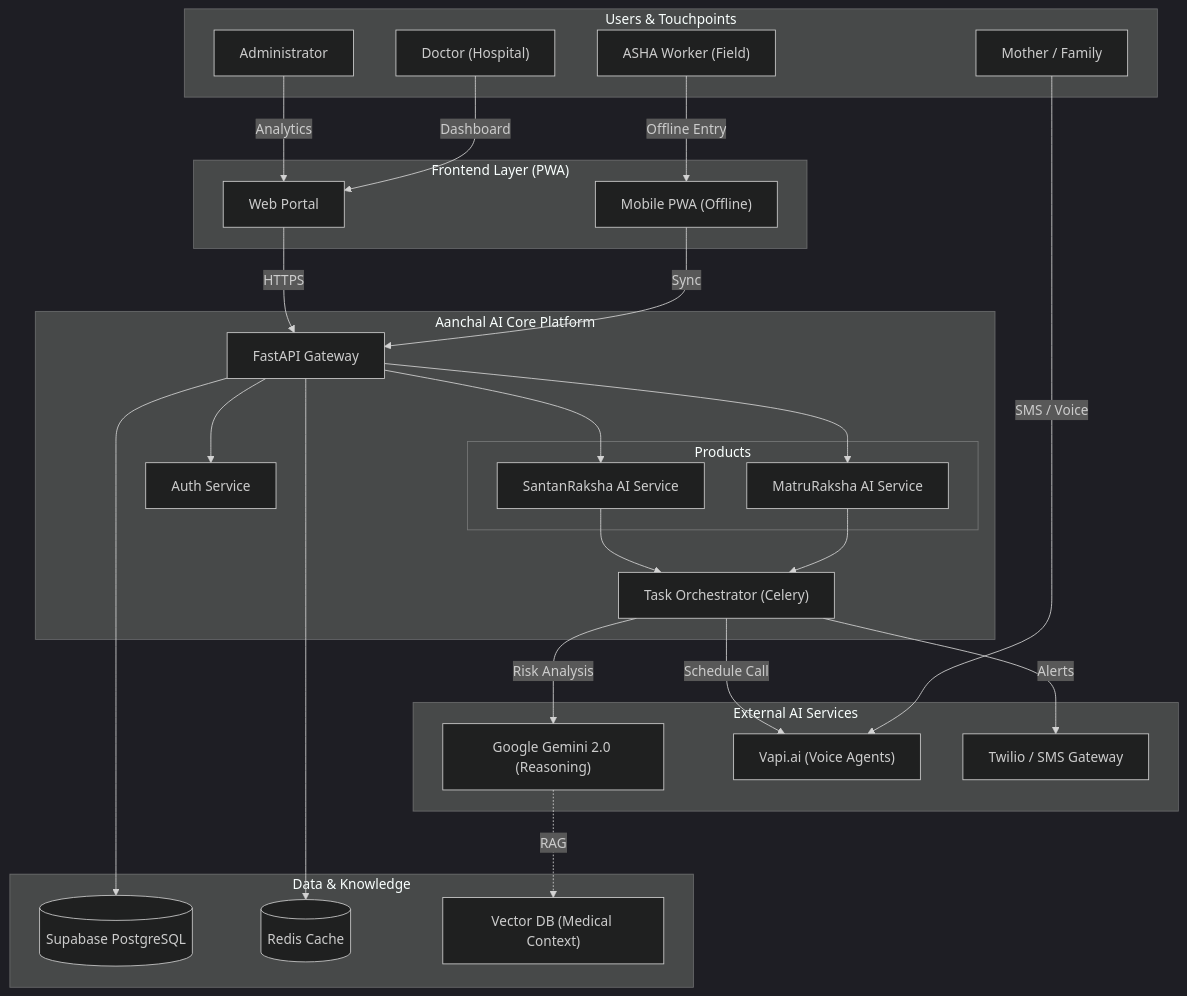
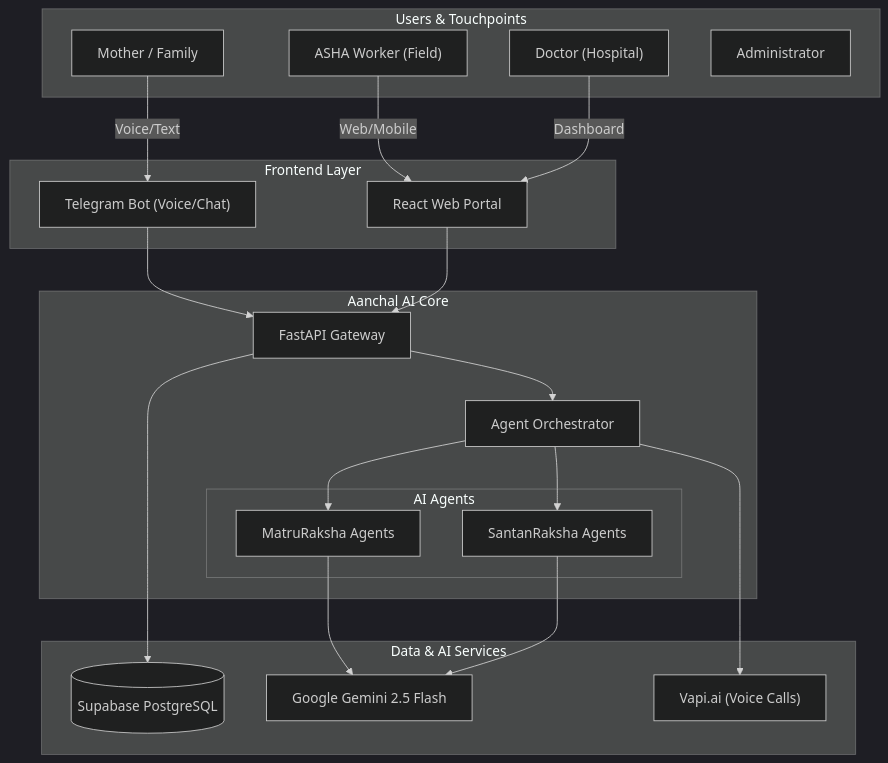
The diagram in README.md (AIUtsavBot/aanchal_ai), drawn with Mermaid (dark theme) before and after one commit. The commit also changed other lines of this file and 1 other file, not shown here.

````diff
--- a/README.md
+++ b/README.md
@@ -55,62 +62,48 @@
 ```mermaid
 graph TD
     subgraph "Users & Touchpoints"
         Mother["Mother / Family"]
         ASHA["ASHA Worker (Field)"]
         Doctor["Doctor (Hospital)"]
         Admin["Administrator"]
     end
 
-    subgraph "Frontend Layer (PWA)"
-        WebPC["Web Portal"]
-        Mobile["Mobile PWA (Offline)"]
+    subgraph "Frontend Layer"
+        WebPC["React Web Portal"]
+        Telegram["Telegram Bot (Voice/Chat)"]
     end
 
-    subgraph "Aanchal AI Core Platform"
+    subgraph "Aanchal AI Core"
         API["FastAPI Gateway"]
-        Auth["Auth Service"]
+        Orch["Agent Orchestrator"]
         
-        subgraph "Products"
-            MR["MatruRaksha AI Service"]
-            SR["SantanRaksha AI Service"]
+        subgraph "AI Agents"
+            Maternal["MatruRaksha Agents"]
+            Child["SantanRaksha Agents"]
         end
-        
-        Orch["Task Orchestrator (Celery)"]
     end
 
-    subgraph "Data & Knowledge"
+    subgraph "Data & AI Services"
         DB[("Supabase PostgreSQL")]
-        Cache[("Redis Cache")]
-        Vector["Vector DB (Medical Context)"]
-    end
-
-    subgraph "External AI Services"
-        Gemini["Google Gemini 2.0 (Reasoning)"]
-        Vapi["Vapi.ai (Voice Agents)"]
-        SMS["Twilio / SMS Gateway"]
+        Gemini["Google Gemini 2.5 Flash"]
+        Vapi["Vapi.ai (Voice Calls)"]
     end
 
     %% Flows
-    Mother -->|SMS / Voice| Vapi
-    ASHA -->|Offline Entry| Mobile
+    Mother -->|Voice/Text| Telegram
+    ASHA -->|Web/Mobile| WebPC
     Doctor -->|Dashboard| WebPC
-    Admin -->|Analytics| WebPC
-
-    Mobile -->|Sync| API
-    WebPC -->|HTTPS| API
-
-    API --> Auth
-    API --> MR
-    API --> SR
     
-    MR --> Orch
-    SR --> Orch
+    Telegram --> API
+    WebPC --> API
     
-    Orch -->|Risk Analysis| Gemini
-    Orch -->|Alerts| SMS
-    Orch -->|Schedule Call| Vapi
+    API --> Orch
+    Orch --> Maternal
+    Orch --> Child
+    
+    Maternal --> Gemini
+    Child --> Gemini
     
     API --> DB
-    API --> Cache
-    Gemini -.->|RAG| Vector
+    Orch --> Vapi
 ```
````
